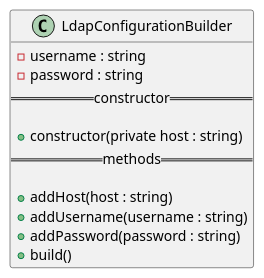
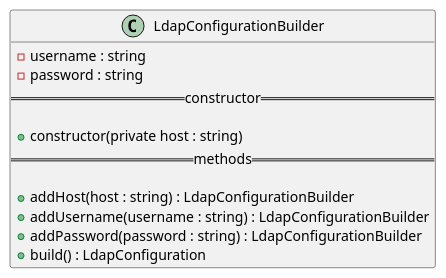
The diagram in docs/diagrams/classes/LdapConfiguration/LdapConfigurationBuilder.pu (GruppOne/stalker-web-app), drawn with PlantUML before and after one commit. The commit also changed 16 other files, not shown here.

```diff
--- a/docs/diagrams/classes/LdapConfiguration/LdapConfigurationBuilder.pu
+++ b/docs/diagrams/classes/LdapConfiguration/LdapConfigurationBuilder.pu
@@ -1,15 +1,15 @@
 @startuml LdapConfigurationBuilder diagram
 class LdapConfigurationBuilder {
   - username : string
   - password : string
   ==constructor==
 
   + constructor(private host : string)
   ==methods==
 
-  + addHost(host : string)
-  + addUsername(username : string)
-  + addPassword(password : string)
-  + build()
+  + addHost(host : string) : LdapConfigurationBuilder
+  + addUsername(username : string) : LdapConfigurationBuilder
+  + addPassword(password : string) : LdapConfigurationBuilder
+  + build() : LdapConfiguration
 }
 @enduml
```
